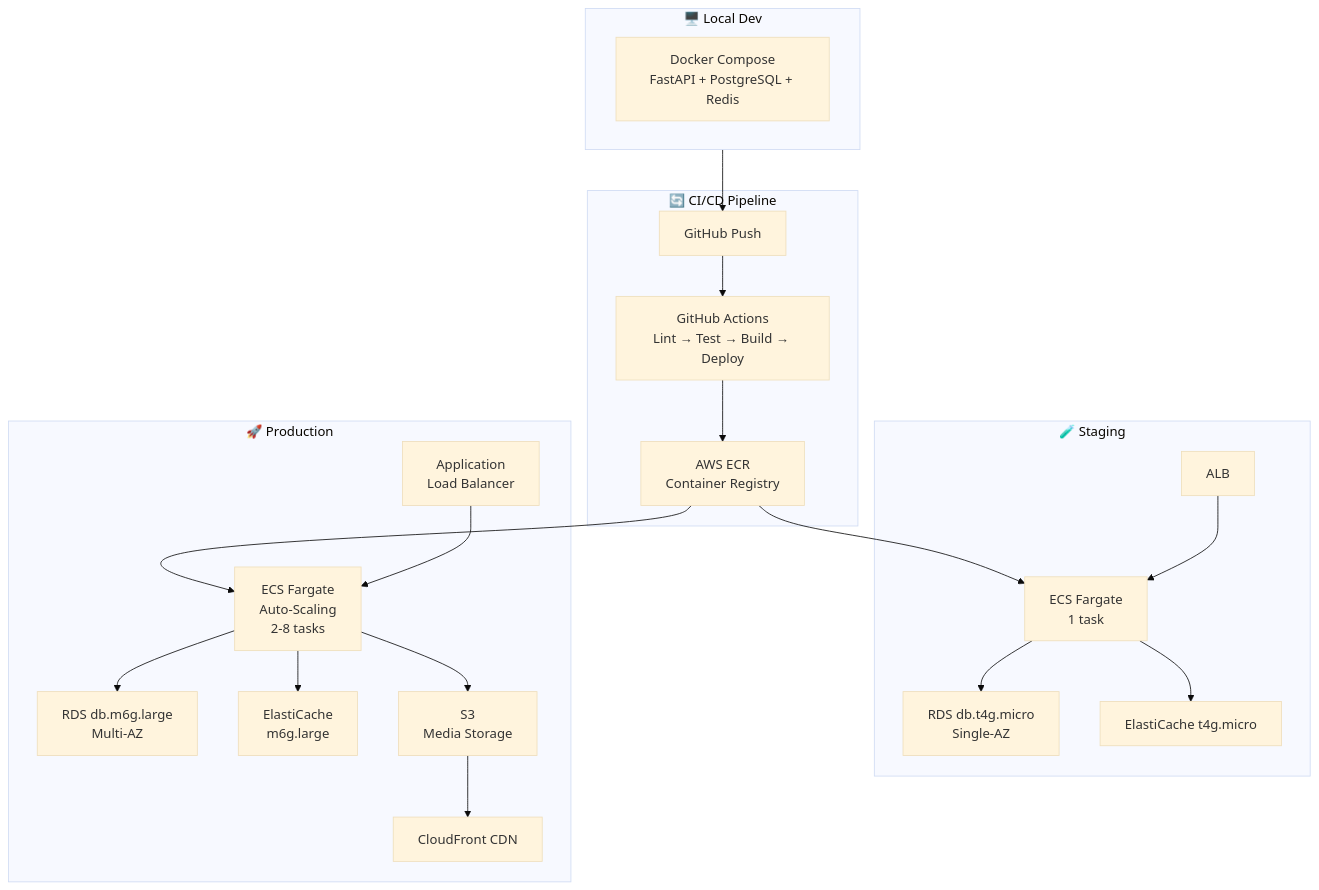
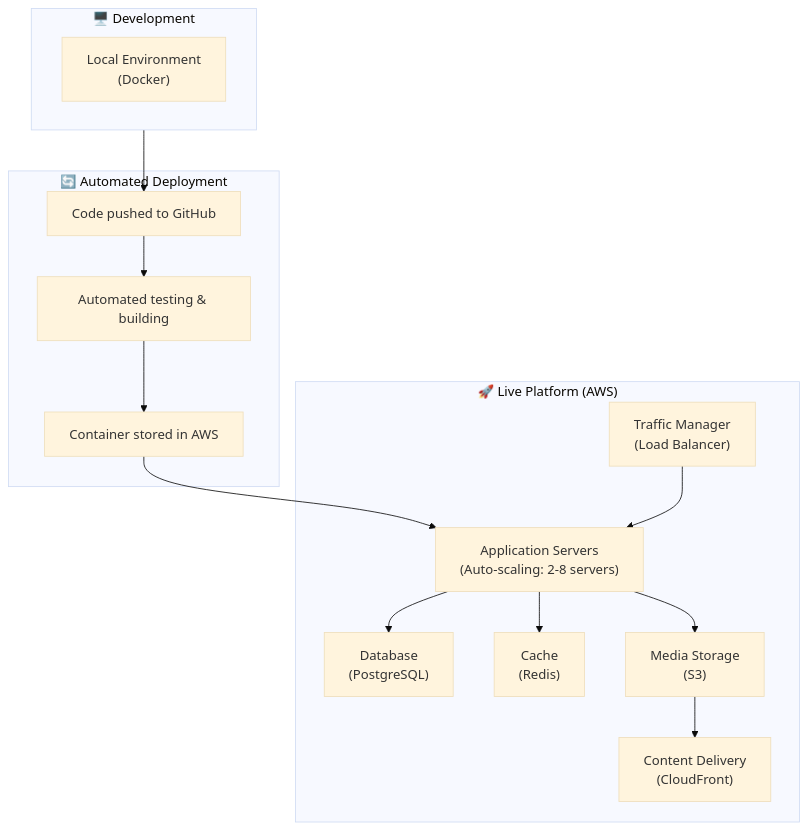
Before and after one commit to huttonbenj/The-Prowler: the tenth of 13 diagrams in STRATEGY.md, drawn with Mermaid (base theme). The commit also changed other lines of this file and 1 other file, not shown here.

````diff
--- a/STRATEGY.md
+++ b/STRATEGY.md
@@ -391,37 +331,26 @@
 ```mermaid
 graph TB
-    subgraph Local["🖥️ Local Dev"]
-        DOCKER["Docker Compose<br/>FastAPI + PostgreSQL + Redis"]
+    subgraph Dev["🖥️ Development"]
+        DOCKER["Local Environment<br/>(Docker)"]
     end
 
-    subgraph Pipeline["🔄 CI/CD Pipeline"]
-        GIT["GitHub Push"]
-        ACTIONS["GitHub Actions<br/>Lint → Test → Build → Deploy"]
-        ECR["AWS ECR<br/>Container Registry"]
+    subgraph Pipeline["🔄 Automated Deployment"]
+        GIT["Code pushed to GitHub"]
+        ACTIONS["Automated testing & building"]
+        ECR["Container stored in AWS"]
     end
 
-    subgraph Staging["🧪 Staging"]
-        S_ALB["ALB"]
-        S_ECS["ECS Fargate<br/>1 task"]
-        S_RDS["RDS db.t4g.micro<br/>Single-AZ"]
-        S_REDIS["ElastiCache t4g.micro"]
+    subgraph Production["🚀 Live Platform (AWS)"]
+        ALB["Traffic Manager<br/>(Load Balancer)"]
+        ECS["Application Servers<br/>(Auto-scaling: 2-8 servers)"]
+        RDS["Database<br/>(PostgreSQL)"]
+        CACHE["Cache<br/>(Redis)"]
+        STORE["Media Storage<br/>(S3)"]
+        CDN["Content Delivery<br/>(CloudFront)"]
     end
 
-    subgraph Prod["🚀 Production"]
-        P_ALB["Application<br/>Load Balancer"]
-        P_ECS["ECS Fargate<br/>Auto-Scaling<br/>2-8 tasks"]
-        P_RDS["RDS db.m6g.large<br/>Multi-AZ"]
-        P_REDIS["ElastiCache<br/>m6g.large"]
-        P_S3["S3<br/>Media Storage"]
-        P_CDN["CloudFront CDN"]
-    end
-
-    Local --> GIT --> ACTIONS --> ECR
-    ECR --> S_ECS
-    ECR --> P_ECS
-    S_ALB --> S_ECS --> S_RDS
-    S_ECS --> S_REDIS
-    P_ALB --> P_ECS --> P_RDS
-    P_ECS --> P_REDIS
-    P_ECS --> P_S3 --> P_CDN
+    Dev --> GIT --> ACTIONS --> ECR --> ECS
+    ALB --> ECS --> RDS
+    ECS --> CACHE
+    ECS --> STORE --> CDN
 ```
````
